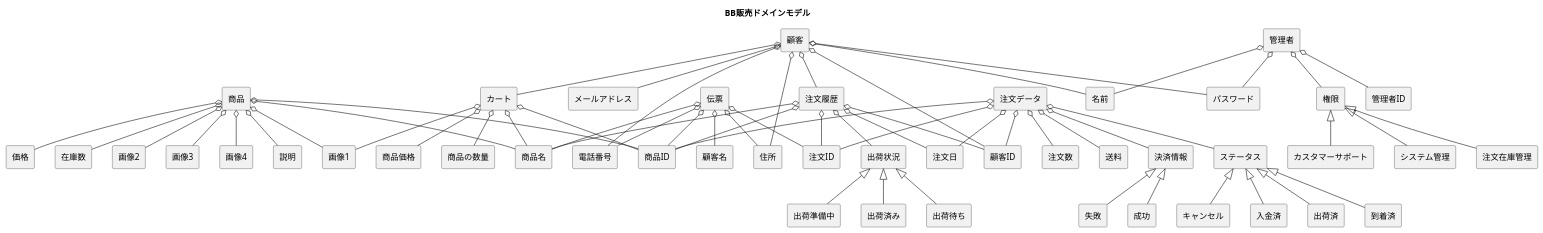
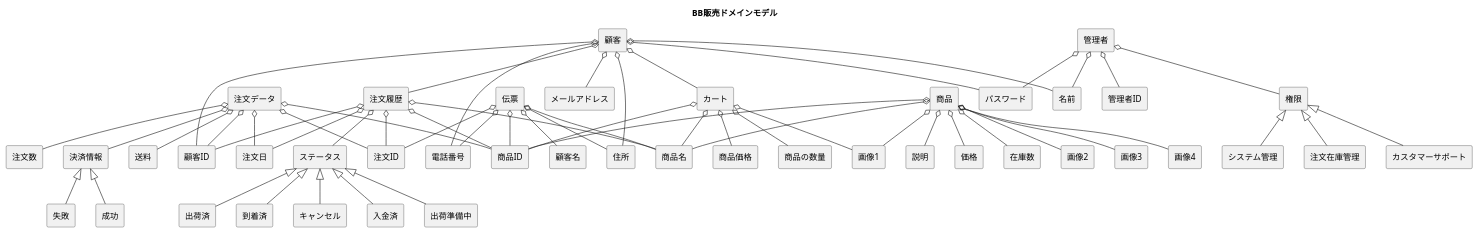
Before and after one commit to FujikawaHirono0520/group3_1_dogdog: the diagram in BB/domain.pu, drawn with PlantUML.

```diff
--- a/BB/domain.pu
+++ b/BB/domain.pu
@@ -1,81 +1,77 @@
 @startuml
 
 title BB販売ドメインモデル
 skinparam componentStyle rectangle
 [顧客] o-- [顧客ID]
 [顧客] o-- [名前]
 [顧客] o-- [住所]
 [顧客] o-- [電話番号]
 [顧客] o-- [メールアドレス]
 [顧客] o-- [パスワード]
 [顧客] o-- [注文履歴]
 [顧客] o-- [カート]
 
 [管理者] o-- [管理者ID]
 [管理者] o-- [名前]
 [管理者] o-- [パスワード]
 [管理者] o-- [権限]
 
 [権限] <|-- [システム管理]
 [権限] <|-- [注文在庫管理]
 [権限] <|-- [カスタマーサポート]
 
 ' 顧客に表示される情報
 [注文履歴] o-- [顧客ID]
 [注文履歴] o-- [注文ID]
 [注文履歴] o-- [注文日]
 [注文履歴] o-- [商品ID]
 [注文履歴] o-- [商品名]
-[注文履歴] o-- [出荷状況]
+[注文履歴] o-- [ステータス]
 
-[出荷状況] <|-- [出荷準備中]
-[出荷状況] <|-- [出荷済み]
-[出荷状況] <|-- [出荷待ち]
+[ステータス] <|-- [入金済]
+[ステータス] <|-- [出荷準備中]
+[ステータス] <|-- [出荷済]
+[ステータス] <|-- [到着済]
+[ステータス] <|-- [キャンセル]
 
 
 [カート] o-- [商品ID]
 [カート] o-- [商品名]
 [カート] o-- [商品価格]
 ' 画像は商品に設定された画像1
 [カート] o-- [画像1]
 [カート] o-- [商品の数量]
 
 ' 注文在庫管理者に表示される情報
 [注文データ] o-- [注文ID]
 [注文データ] o-- [顧客ID]
 [注文データ] o-- [商品ID]
 [注文データ] o-- [注文日]
 [注文データ] o-- [注文数]
 [注文データ] o-- [送料]
 [注文データ] o-- [決済情報]
-[注文データ] o-- [ステータス]
-
-[ステータス] <|-- [入金済]
-[ステータス] <|-- [出荷済]
-[ステータス] <|-- [到着済]
-[ステータス] <|-- [キャンセル]
 
 ' 配送用の伝票に印字される情報
 [伝票] o-- [注文ID]
 [伝票] o-- [商品ID]
 [伝票] o-- [商品名]
 [伝票] o-- [顧客名]
 [伝票] o-- [住所]
 [伝票] o-- [電話番号]
 
 [決済情報] <|-- [成功]
 [決済情報] <|-- [失敗]
 
 ' 商品ページ用
 [商品] o-- [商品ID]
 [商品] o-- [商品名]
 [商品] o-- [説明]
 [商品] o-- [価格]
 [商品] o-- [在庫数]
 ' 画像1はNOT NULL
 [商品] o-- [画像1]
 [商品] o-- [画像2]
 [商品] o-- [画像3]
 [商品] o-- [画像4]
 
 @enduml
```
